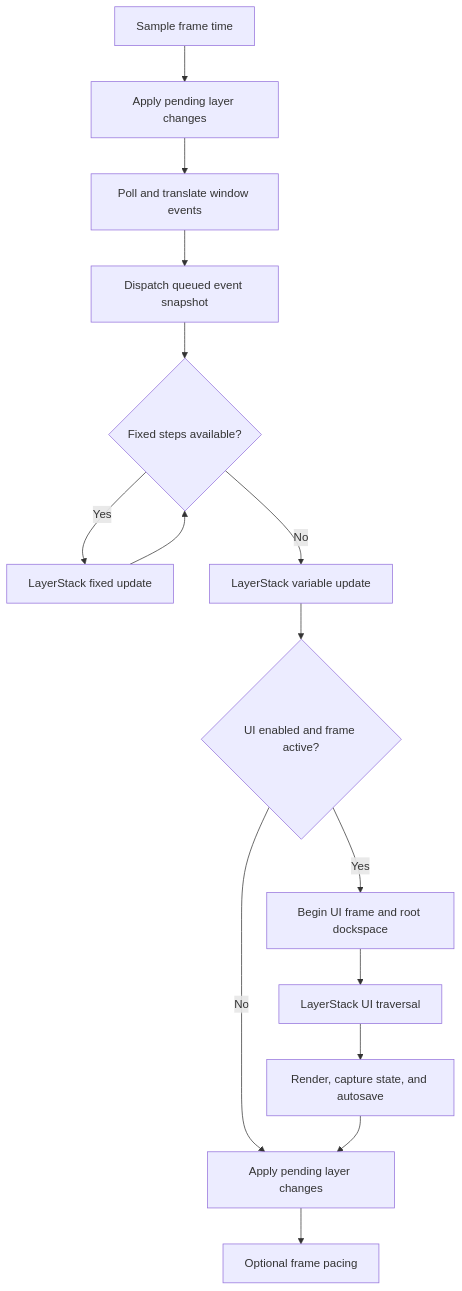
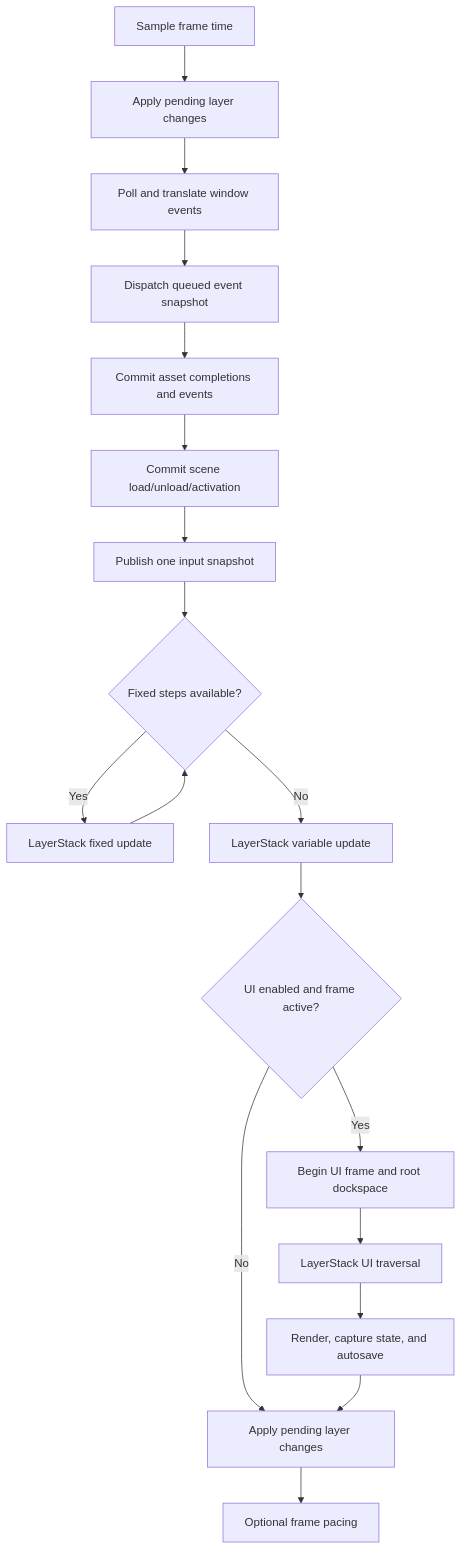
One commit to hcfgod/KeireEngine changed the diagram in docs/RuntimeLifecycle.md. Above: the diagram before and after it, drawn with Mermaid. The commit also changed other lines of this file and 108 other files, not shown here.

````diff
--- a/docs/RuntimeLifecycle.md
+++ b/docs/RuntimeLifecycle.md
@@ -33,17 +36,20 @@
 ```mermaid
 flowchart TD
     Start["Sample frame time"] --> PendingA["Apply pending layer changes"]
     PendingA --> Poll["Poll and translate window events"]
     Poll --> Queued["Dispatch queued event snapshot"]
-    Queued --> Fixed{"Fixed steps available?"}
+    Queued --> Assets["Commit asset completions and events"]
+    Assets --> Scenes["Commit scene load/unload/activation"]
+    Scenes --> Input["Publish one input snapshot"]
+    Input --> Fixed{"Fixed steps available?"}
     Fixed -->|Yes| FixedUpdate["LayerStack fixed update"]
     FixedUpdate --> Fixed
     Fixed -->|No| Update["LayerStack variable update"]
     Update --> UI{"UI enabled and frame active?"}
     UI -->|Yes| BeginUI["Begin UI frame and root dockspace"]
     BeginUI --> LayerUI["LayerStack UI traversal"]
     LayerUI --> EndUI["Render, capture state, and autosave"]
     UI -->|No| PendingB["Apply pending layer changes"]
     EndUI --> PendingB
     PendingB --> Pace["Optional frame pacing"]
 ```
````
